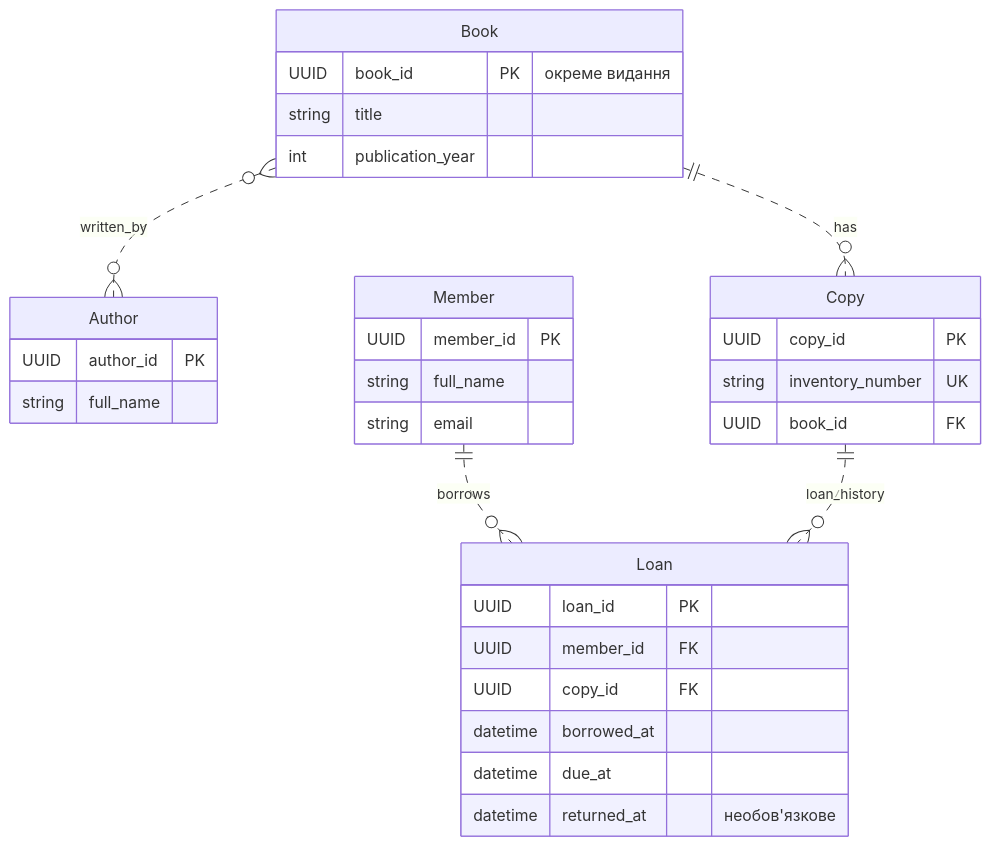
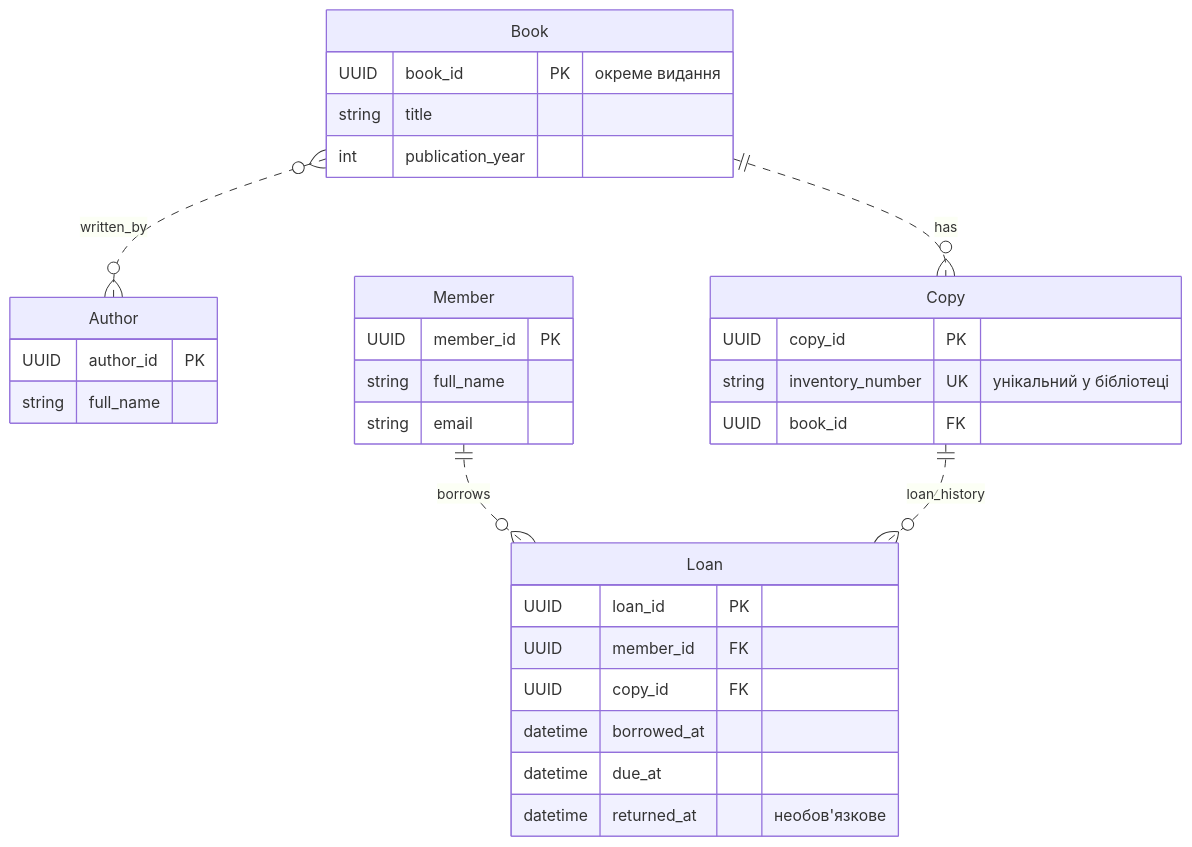
One commit to Alex9011/Lab1_KPI2 changed the diagram in diagram.mmd. Above: the diagram before and after it, drawn with Mermaid. The commit also changed 1 other file, not shown here.

```diff
--- a/diagram.mmd
+++ b/diagram.mmd
@@ -1,34 +1,34 @@
 erDiagram
     direction TB
     Book }o..o{ Author : written_by
     Book ||..o{ Copy : has
     Member ||..o{ Loan : borrows
     Copy ||..o{ Loan : loan_history
 
     Book {
         UUID book_id PK "окреме видання"
         string title
         int publication_year
     }
     Author {
         UUID author_id PK
         string full_name
     }
     Copy {
         UUID copy_id PK
-        string inventory_number UK
+        string inventory_number UK "унікальний у бібліотеці"
         UUID book_id FK
     }
     Member {
         UUID member_id PK
         string full_name
         string email
     }
     Loan {
         UUID loan_id PK
         UUID member_id FK
         UUID copy_id FK
         datetime borrowed_at
         datetime due_at
         datetime returned_at "необов'язкове"
     }
```
